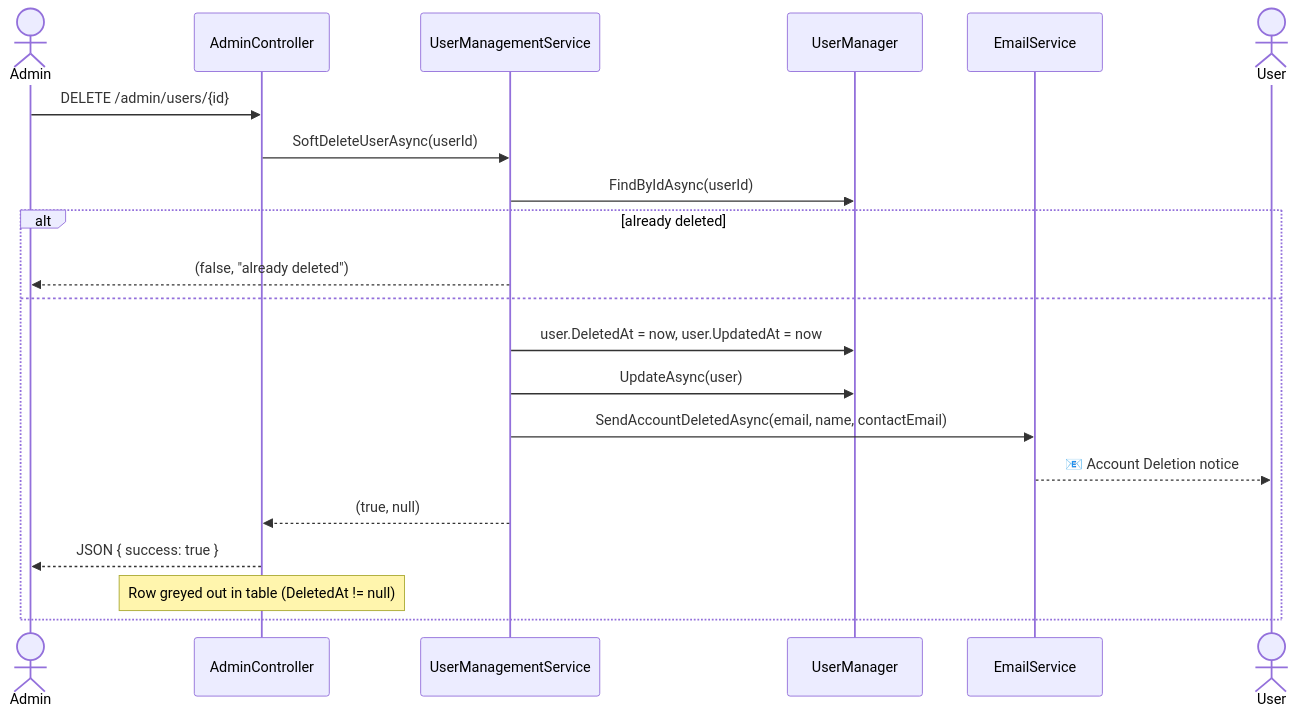
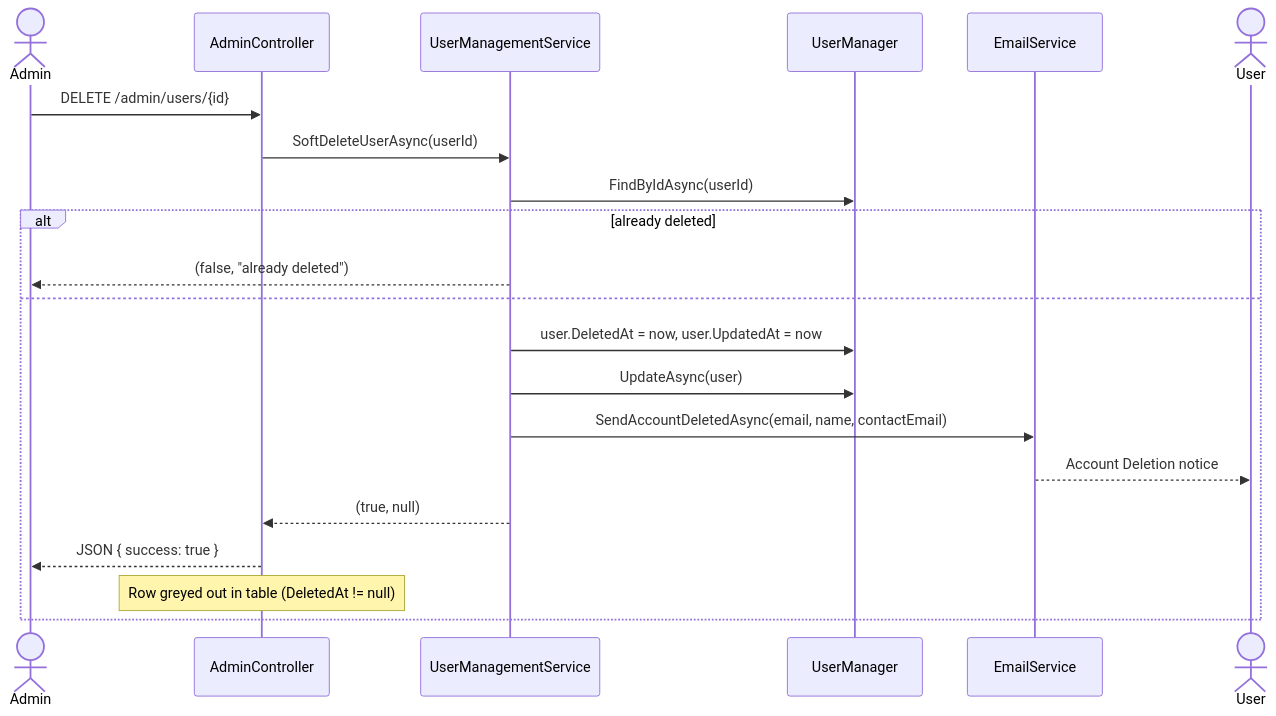
The fourth of 4 diagrams in knowledge-base/ADMIN_USER_MANAGEMENT_FLOWS.md (lethanhtrong161005/EduChatbotSolution), drawn with Mermaid before and after one commit. The commit also changed other lines of this file and 25 other files, not shown here.

````diff
--- a/knowledge-base/ADMIN_USER_MANAGEMENT_FLOWS.md
+++ b/knowledge-base/ADMIN_USER_MANAGEMENT_FLOWS.md
@@ -131,25 +116,25 @@
 ```mermaid
 sequenceDiagram
     actor Admin
     participant UI as AdminController
     participant UMS as UserManagementService
     participant UM as UserManager
     participant Email as EmailService
     actor User
 
     Admin->>UI: DELETE /admin/users/{id}
     UI->>UMS: SoftDeleteUserAsync(userId)
     UMS->>UM: FindByIdAsync(userId)
 
     alt already deleted
         UMS-->>Admin: (false, "already deleted")
     else
         UMS->>UM: user.DeletedAt = now, user.UpdatedAt = now
         UMS->>UM: UpdateAsync(user)
         UMS->>Email: SendAccountDeletedAsync(email, name, contactEmail)
-        Email-->>User: 📧 Account Deletion notice
+        Email-->>User: Account Deletion notice
         UMS-->>UI: (true, null)
         UI-->>Admin: JSON { success: true }
         Note over UI: Row greyed out in table (DeletedAt != null)
     end
 ```
````
